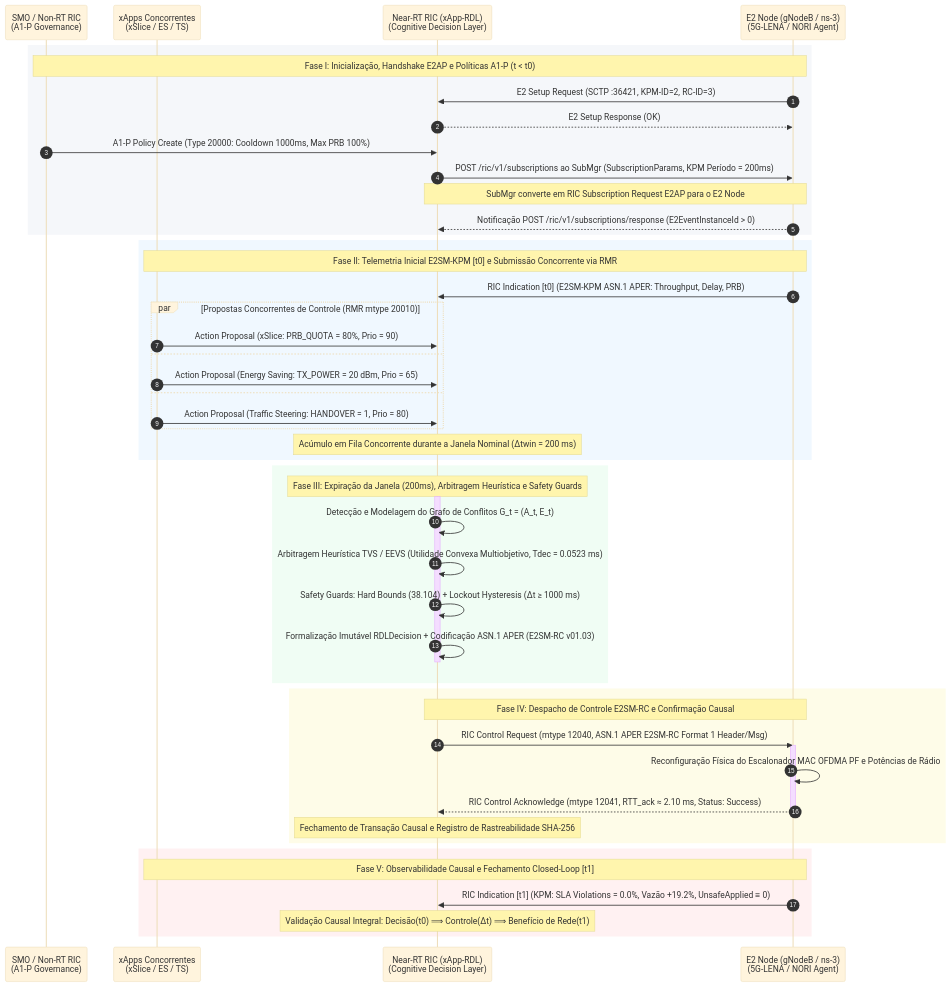
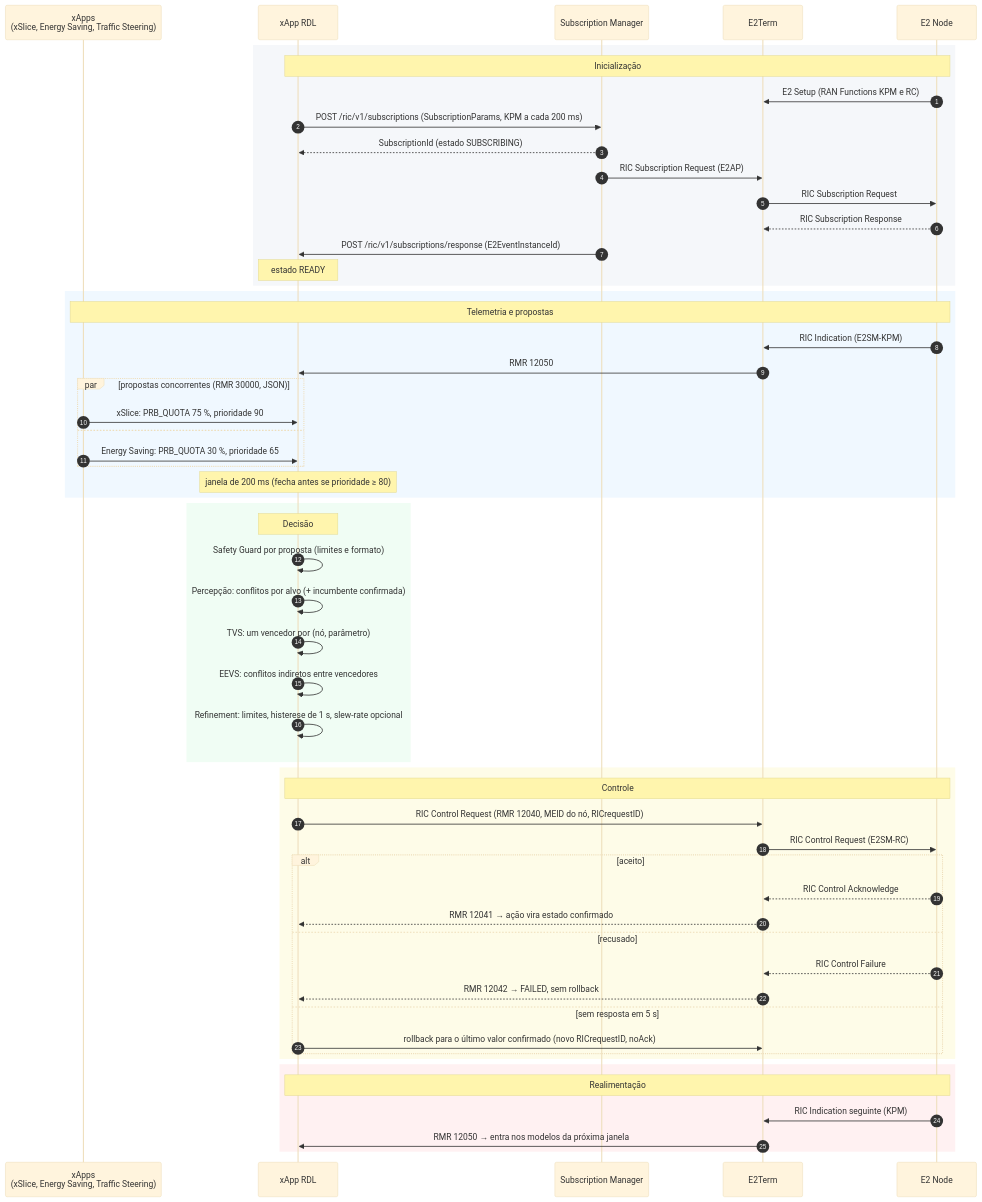
The diagram in docs/23_diagrama_sequencia_fluxo_closed_loop_hrdl_fase1.md (georgebarbosa3090/XApp-RDL-F1), drawn with Mermaid (base theme) before and after one commit. The commit also changed other lines of this file and 41 other files, not shown here.

````diff
--- a/docs/23_diagrama_sequencia_fluxo_closed_loop_hrdl_fase1.md
+++ b/docs/23_diagrama_sequencia_fluxo_closed_loop_hrdl_fase1.md
@@ -47,64 +5,63 @@
 ```mermaid
 sequenceDiagram
     autonumber
-    
-    participant SMO as SMO / Non-RT RIC<br/>(A1-P Governance)
-    participant XAPPS as xApps Concorrentes<br/>(xSlice / ES / TS)
-    participant RDL as Near-RT RIC (xApp-RDL)<br/>(Cognitive Decision Layer)
-    participant RAN as E2 Node (gNodeB / ns-3)<br/>(5G-LENA / NORI Agent)
+    participant X as xApps<br/>(xSlice, Energy Saving, Traffic Steering)
+    participant R as xApp RDL
+    participant S as Subscription Manager
+    participant T as E2Term
+    participant N as E2 Node
 
-    %% FASE I: INICIALIZAÇÃO, HANDSHAKE E2AP E POLÍTICAS A1-P (t < t0)
     rect rgb(245, 247, 250)
-        Note over SMO,RAN: Fase I: Inicialização, Handshake E2AP e Políticas A1-P (t < t0)
-        RAN->>RDL: E2 Setup Request (SCTP :36421, KPM-ID=2, RC-ID=3)
-        RDL-->>RAN: E2 Setup Response (OK)
-        SMO->>RDL: A1-P Policy Create (Type 20000: Cooldown 1000ms, Max PRB 100%)
-        RDL->>RAN: POST /ric/v1/subscriptions ao SubMgr (SubscriptionParams, KPM Período = 200ms)
-        Note over RDL,RAN: SubMgr converte em RIC Subscription Request E2AP para o E2 Node
-        RAN-->>RDL: Notificação POST /ric/v1/subscriptions/response (E2EventInstanceId > 0)
+        Note over R,N: Inicialização
+        N->>T: E2 Setup (RAN Functions KPM e RC)
+        R->>S: POST /ric/v1/subscriptions (SubscriptionParams, KPM a cada 200 ms)
+        S-->>R: SubscriptionId (estado SUBSCRIBING)
+        S->>T: RIC Subscription Request (E2AP)
+        T->>N: RIC Subscription Request
+        N-->>T: RIC Subscription Response
+        S->>R: POST /ric/v1/subscriptions/response (E2EventInstanceId)
+        Note over R: estado READY
     end
 
-    %% FASE II: INGESTÃO DE TELEMETRIA E SUBMISSÃO CONCORRENTE
     rect rgb(240, 248, 255)
-        Note over XAPPS,RAN: Fase II: Telemetria Inicial E2SM-KPM [t0] e Submissão Concorrente via RMR
-        RAN->>RDL: RIC Indication [t0] (E2SM-KPM ASN.1 APER: Throughput, Delay, PRB)
-        
-        par Propostas Concorrentes de Controle (RMR mtype 20010)
-            XAPPS->>RDL: Action Proposal (xSlice: PRB_QUOTA = 80%, Prio = 90)
+        Note over X,N: Telemetria e propostas
+        N->>T: RIC Indication (E2SM-KPM)
+        T->>R: RMR 12050
+        par propostas concorrentes (RMR 30000, JSON)
+            X->>R: xSlice: PRB_QUOTA 75 %, prioridade 90
         and
-            XAPPS->>RDL: Action Proposal (Energy Saving: TX_POWER = 20 dBm, Prio = 65)
-        and
-            XAPPS->>RDL: Action Proposal (Traffic Steering: HANDOVER = 1, Prio = 80)
+            X->>R: Energy Saving: PRB_QUOTA 30 %, prioridade 65
         end
-        Note over RDL: Acúmulo em Fila Concorrente durante a Janela Nominal (Δtwin = 200 ms)
+        Note over R: janela de 200 ms (fecha antes se prioridade ≥ 80)
     end
 
-    %% FASE III: ARBITRAGEM DETERMINÍSTICA E SAFETY GUARDS
     rect rgb(240, 253, 244)
-        Note over RDL: Fase III: Expiração da Janela (200ms), Arbitragem Heurística e Safety Guards
-        activate RDL
-        RDL->>RDL: Detecção e Modelagem do Grafo de Conflitos G_t = (A_t, E_t)
-        RDL->>RDL: Arbitragem Heurística TVS / EEVS (Utilidade Convexa Multiobjetivo, Tdec = 0.0523 ms)
-        RDL->>RDL: Safety Guards: Hard Bounds (38.104) + Lockout Hysteresis (Δt ≥ 1000 ms)
-        RDL->>RDL: Formalização Imutável RDLDecision + Codificação ASN.1 APER (E2SM-RC v01.03)
-        deactivate RDL
+        Note over R: Decisão
+        R->>R: Safety Guard por proposta (limites e formato)
+        R->>R: Percepção: conflitos por alvo (+ incumbente confirmada)
+        R->>R: TVS: um vencedor por (nó, parâmetro)
+        R->>R: EEVS: conflitos indiretos entre vencedores
+        R->>R: Refinement: limites, histerese de 1 s, slew-rate opcional
     end
 
-    %% FASE IV: DESPACHO E2SM-RC E CONFIRMAÇÃO CAUSAL
     rect rgb(254, 252, 232)
-        Note over RDL,RAN: Fase IV: Despacho de Controle E2SM-RC e Confirmação Causal
-        RDL->>RAN: RIC Control Request (mtype 12040, ASN.1 APER E2SM-RC Format 1 Header/Msg)
-        activate RAN
-        RAN->>RAN: Reconfiguração Física do Escalonador MAC OFDMA PF e Potências de Rádio
-        RAN-->>RDL: RIC Control Acknowledge (mtype 12041, RTT_ack ≈ 2.10 ms, Status: Success)
-        deactivate RAN
-        Note over RDL: Fechamento de Transação Causal e Registro de Rastreabilidade SHA-256
+        Note over R,N: Controle
+        R->>T: RIC Control Request (RMR 12040, MEID do nó, RICrequestID)
+        T->>N: RIC Control Request (E2SM-RC)
+        alt aceito
+            N-->>T: RIC Control Acknowledge
+            T-->>R: RMR 12041 → ação vira estado confirmado
+        else recusado
+            N-->>T: RIC Control Failure
+            T-->>R: RMR 12042 → FAILED, sem rollback
+        else sem resposta em 5 s
+            R->>T: rollback para o último valor confirmado (novo RICrequestID, noAck)
+        end
     end
 
-    %% FASE V: FECHAMENTO CLOSED-LOOP E RECUPERAÇÃO DA RAN
     rect rgb(255, 241, 242)
-        Note over XAPPS,RAN: Fase V: Observabilidade Causal e Fechamento Closed-Loop [t1]
-        RAN->>RDL: RIC Indication [t1] (KPM: SLA Violations = 0.0%, Vazão +19.2%, UnsafeApplied ≡ 0)
-        Note over RDL: Validação Causal Integral: Decisão(t0) ⟹ Controle(Δt) ⟹ Benefício de Rede(t1)
+        Note over R,N: Realimentação
+        N->>T: RIC Indication seguinte (KPM)
+        T->>R: RMR 12050 → entra nos modelos da próxima janela
     end
 ```
````
